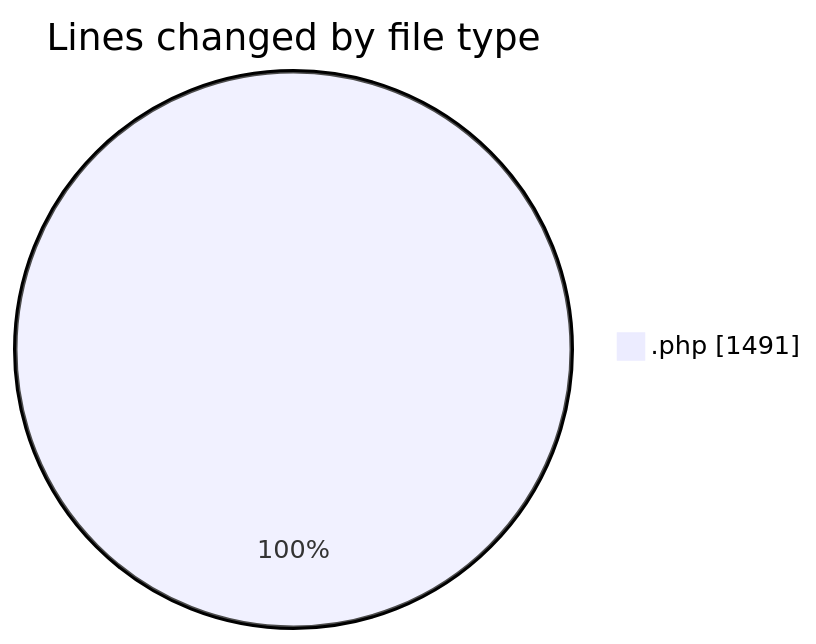
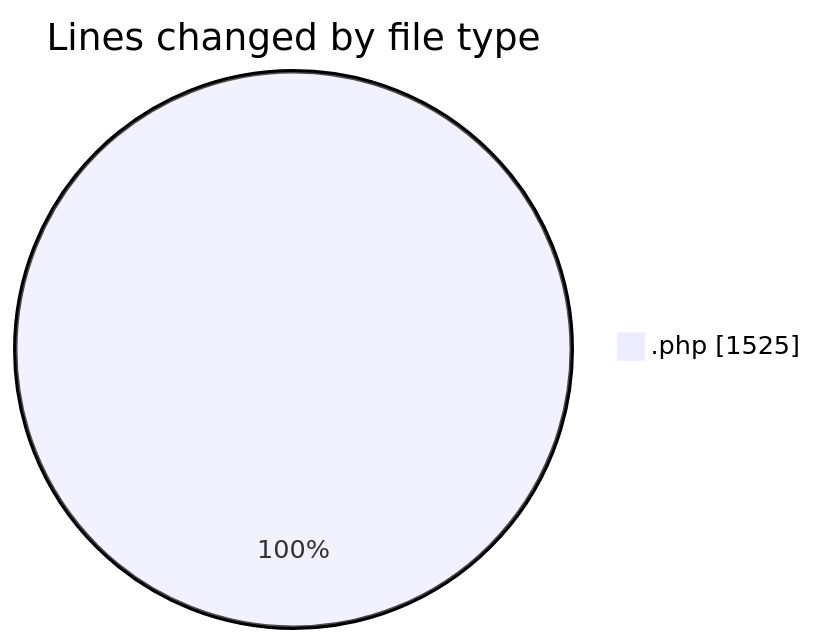
One commit to debugP/code-tracking changed the first of 2 diagrams in 2025-08-20/enfold-child/README.md. Above: the diagram before and after it, drawn with Mermaid. The commit also changed other lines of this file and 1 other file, not shown here.

````diff
--- a/2025-08-20/enfold-child/README.md
+++ b/2025-08-20/enfold-child/README.md
@@ -20,5 +20,5 @@
 ```mermaid
 pie showData
 title Lines changed by file type
-".php" : 1491
+".php" : 1525
 ```
````
